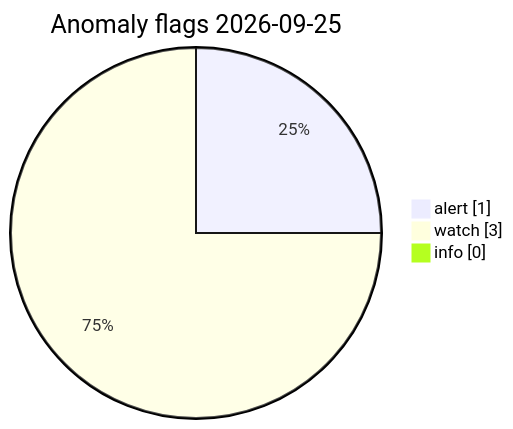
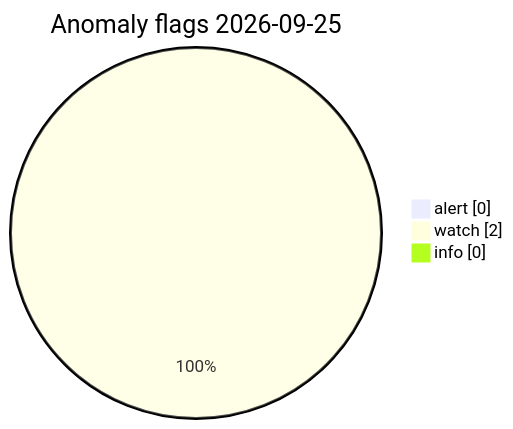
One commit to Midwest-Stratospheric/Unified-Open-Global-Weather changed the diagram in visuals/2026-09-25/CHARTS.md. Above: the diagram before and after it, drawn with Mermaid. The commit also changed other lines of this file and 13 other files, not shown here.

Commit message:
data(visuals): automated charts 2026-09-25T14:41Z

````diff
--- a/visuals/2026-09-25/CHARTS.md
+++ b/visuals/2026-09-25/CHARTS.md
@@ -73,7 +73,7 @@
 ```mermaid
 pie showData
   title Anomaly flags 2026-09-25
-  "alert" : 1
-  "watch" : 3
+  "alert" : 0
+  "watch" : 2
   "info" : 0
 ```
````
